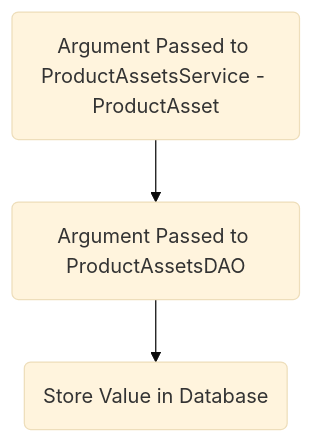
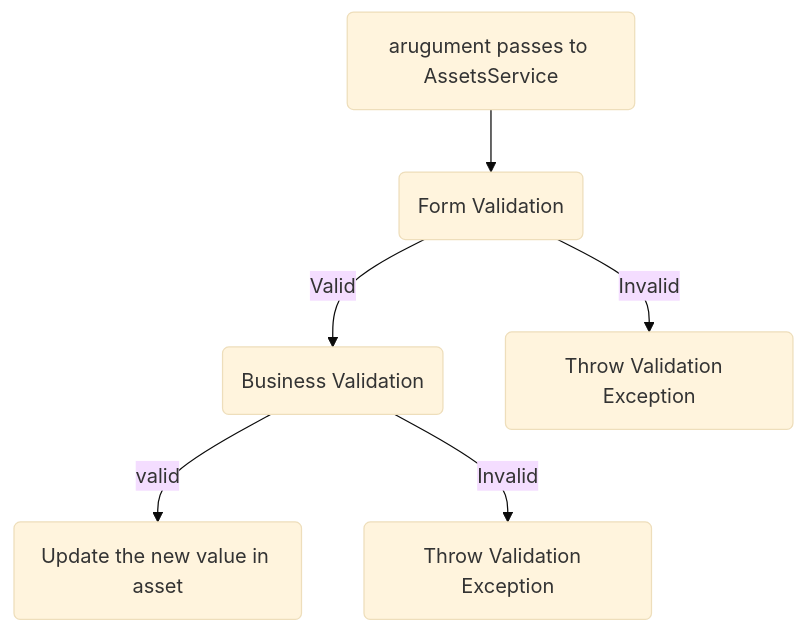
Diagram 11 of 11 in README.md (Kishore1607/Vanha-Back-End), drawn with Mermaid (base theme) before and after one commit. The commit also changed other lines of this file, not shown here.

````diff
--- a/README.md
+++ b/README.md
@@ -410,5 +455,8 @@
 ```mermaid  
 graph TD;  
-A(Argument Passed to ProductAssetsService - ProductAsset) --> B(Argument Passed to ProductAssetsDAO)  
-B -->C(Store Value in Database)
+A(arugument passes to AssetsService) --> B(Form Validation)  
+B --Valid--> C(Business Validation)
+B --Invalid--> E(Throw Validation  Exception)
+C --valid--> D(Update the new value in asset)
+C --Invalid--> F(Throw Validation  Exception)
 ```
````
